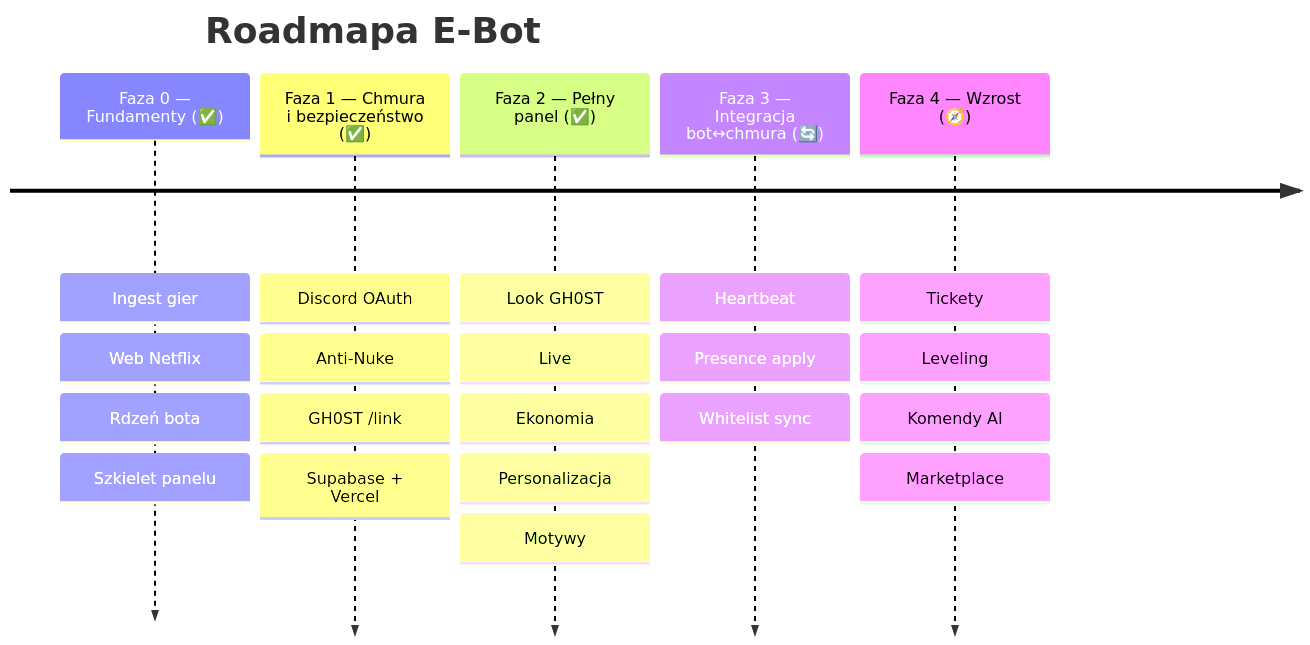
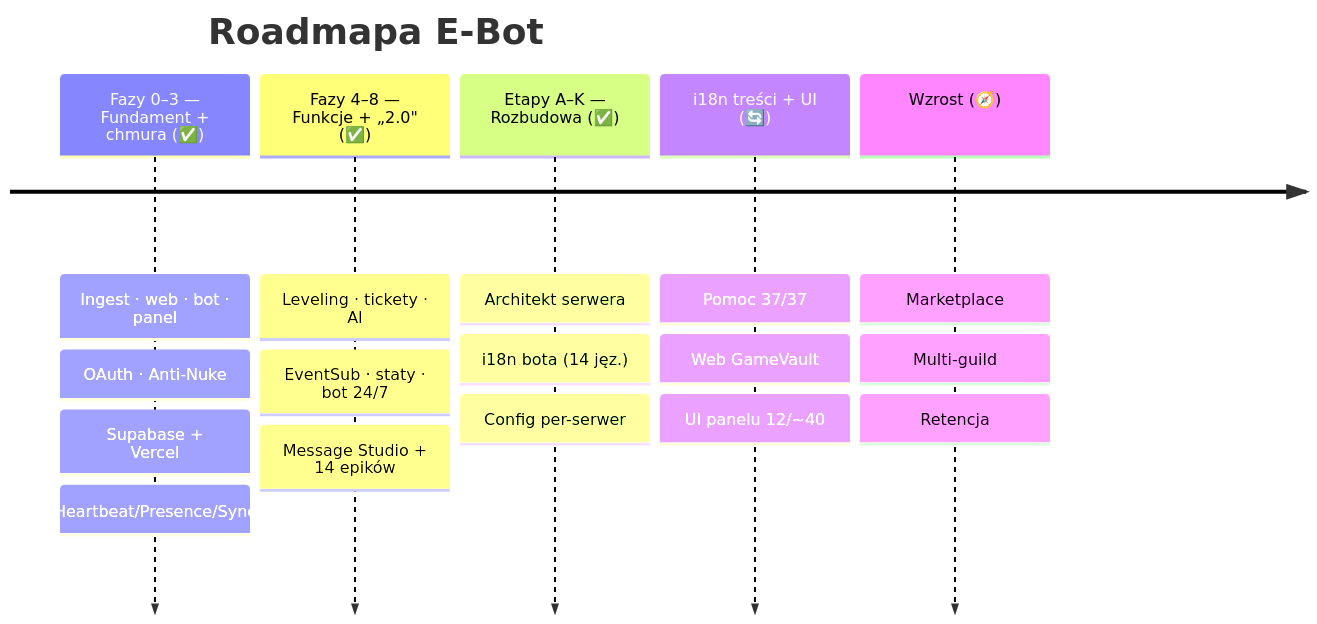
The second of 3 diagrams in README.md (Gh0s777tt/E-Bot), drawn with Mermaid before and after one commit. The commit also changed other lines of this file and 9 other files, not shown here.

First line of the commit message:
chore(docs): synchronizacja PHASES/ROADMAP/README do v0.222 + strażnik sync

````diff
--- a/README.md
+++ b/README.md
@@ -160,9 +161,9 @@
 ```mermaid
 timeline
   title Roadmapa E-Bot
-  Faza 0 — Fundamenty (✅) : Ingest gier : Web Netflix : Rdzeń bota : Szkielet panelu
-  Faza 1 — Chmura i bezpieczeństwo (✅) : Discord OAuth : Anti-Nuke : GH0ST /link : Supabase + Vercel
-  Faza 2 — Pełny panel (✅) : Look GH0ST : Live : Ekonomia : Personalizacja : Motywy
-  Faza 3 — Integracja bot↔chmura (🔄) : Heartbeat : Presence apply : Whitelist sync
-  Faza 4 — Wzrost (🧭) : Tickety : Leveling : Komendy AI : Marketplace
+  Fazy 0–3 — Fundament + chmura (✅) : Ingest · web · bot · panel : OAuth · Anti-Nuke : Supabase + Vercel : Heartbeat/Presence/Sync
+  Fazy 4–8 — Funkcje + „2.0" (✅) : Leveling · tickety · AI : EventSub · staty · bot 24/7 : Message Studio + 14 epików
+  Etapy A–K — Rozbudowa (✅) : Architekt serwera : i18n bota (14 jęz.) : Config per-serwer
+  i18n treści + UI (🔄) : Pomoc 37/37 : Web GameVault : UI panelu 12/~40
+  Wzrost (🧭) : Marketplace : Multi-guild : Retencja
 ```
````
